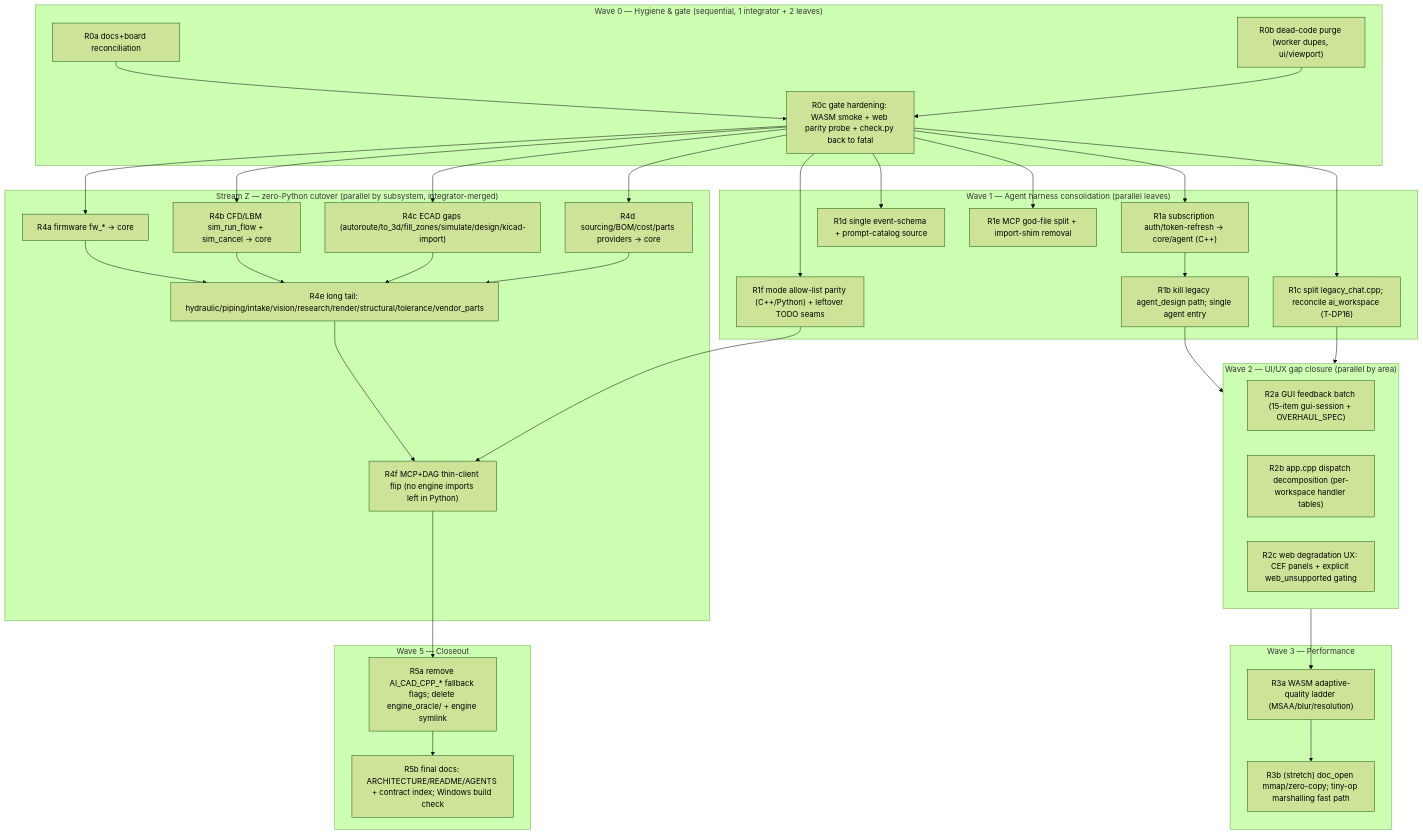
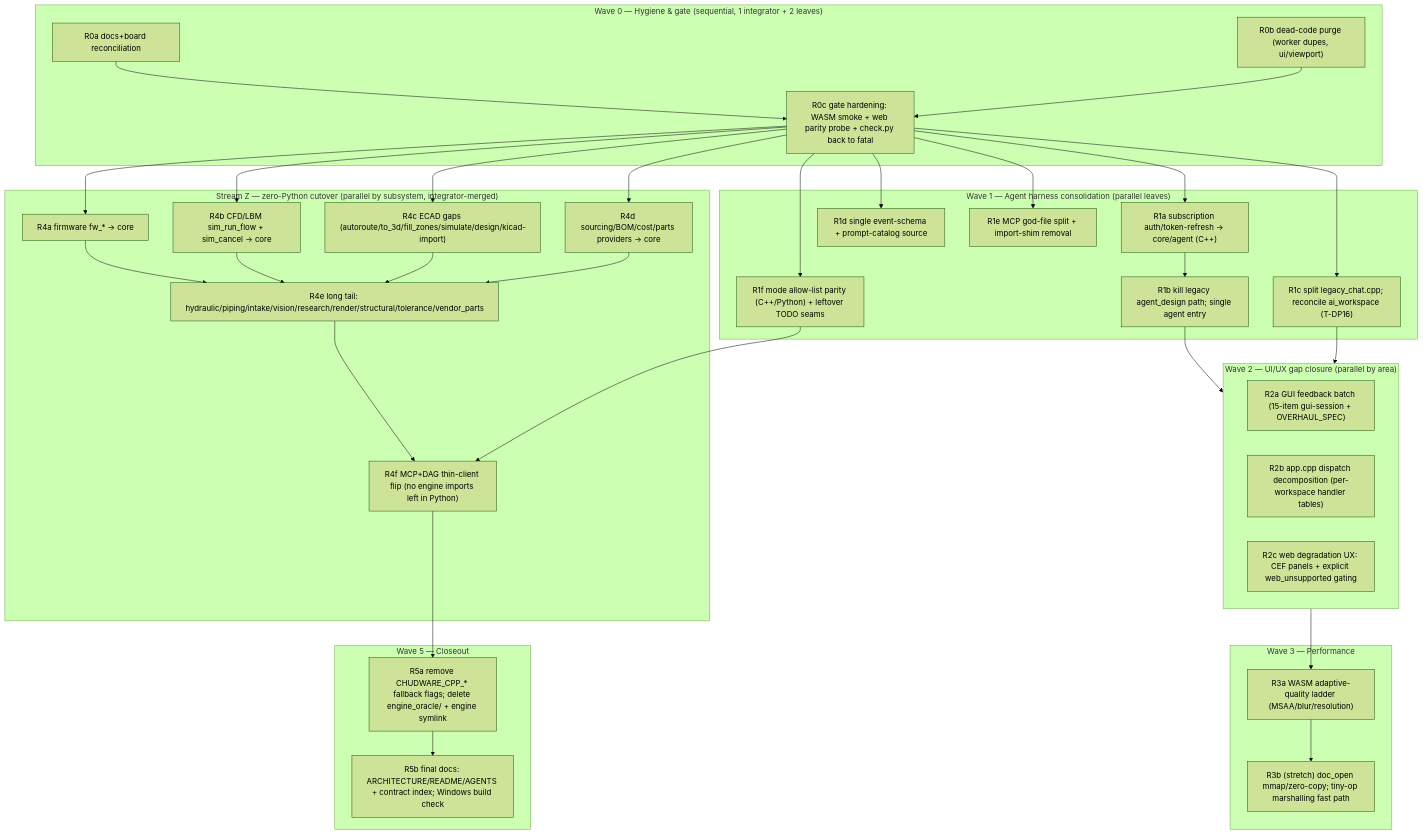
One commit to Hunter-124/Chudware changed the diagram in docs/plans/2026-07-22-consolidation-refactor-dag.md. Above: the diagram before and after it, drawn with Mermaid (forest theme). The commit also changed other lines of this file and 1567 other files, not shown here.

````diff
--- a/docs/plans/2026-07-22-consolidation-refactor-dag.md
+++ b/docs/plans/2026-07-22-consolidation-refactor-dag.md
@@ -95,49 +95,49 @@
 ```mermaid
 flowchart TD
     subgraph W0["Wave 0 — Hygiene & gate (sequential, 1 integrator + 2 leaves)"]
         R0a["R0a docs+board reconciliation"]
         R0b["R0b dead-code purge (worker dupes, ui/viewport)"]
         R0c["R0c gate hardening: WASM smoke + web parity probe + check.py back to fatal"]
         R0a --> R0c
         R0b --> R0c
     end
     subgraph W1["Wave 1 — Agent harness consolidation (parallel leaves)"]
         R1a["R1a subscription auth/token-refresh -> core/agent (C++)"]
         R1b["R1b kill legacy agent_design path; single agent entry"]
         R1c["R1c split legacy_chat.cpp; reconcile ai_workspace (T-DP16)"]
         R1d["R1d single event-schema + prompt-catalog source"]
         R1e["R1e MCP god-file split + import-shim removal"]
         R1f["R1f mode allow-list parity (C++/Python) + leftover TODO seams"]
         R1a --> R1b
     end
     subgraph W2["Wave 2 — UI/UX gap closure (parallel by area)"]
         R2a["R2a GUI feedback batch (15-item gui-session + OVERHAUL_SPEC)"]
         R2b["R2b app.cpp dispatch decomposition (per-workspace handler tables)"]
         R2c["R2c web degradation UX: CEF panels + explicit web_unsupported gating"]
     end
     subgraph W3["Wave 3 — Performance"]
         R3a["R3a WASM adaptive-quality ladder (MSAA/blur/resolution)"]
         R3b["R3b (stretch) doc_open mmap/zero-copy; tiny-op marshalling fast path"]
     end
     subgraph W4["Stream Z — zero-Python cutover (parallel by subsystem, integrator-merged)"]
         R4a["R4a firmware fw_* -> core"]
         R4b["R4b CFD/LBM sim_run_flow + sim_cancel -> core"]
         R4c["R4c ECAD gaps (autoroute/to_3d/fill_zones/simulate/design/kicad-import)"]
         R4d["R4d sourcing/BOM/cost/parts providers -> core"]
         R4e["R4e long tail: hydraulic/piping/intake/vision/research/render/structural/tolerance/vendor_parts"]
         R4f["R4f MCP+DAG thin-client flip (no engine imports left in Python)"]
     end
     subgraph W5["Wave 5 — Closeout"]
-        R5a["R5a remove AI_CAD_CPP_* fallback flags; delete engine_oracle/ + engine symlink"]
+        R5a["R5a remove CHUDWARE_CPP_* fallback flags; delete engine_oracle/ + engine symlink"]
         R5b["R5b final docs: ARCHITECTURE/README/AGENTS + contract index; Windows build check"]
     end
     R0c --> R1a & R1c & R1d & R1e & R1f
     R0c --> R4a & R4b & R4c & R4d
     R1b --> W2
     R1c --> W2
     W2 --> R3a
     R3a --> R3b
     R4a & R4b & R4c & R4d --> R4e --> R4f
     R1f --> R4f
     R4f --> R5a --> R5b
 ```
````
